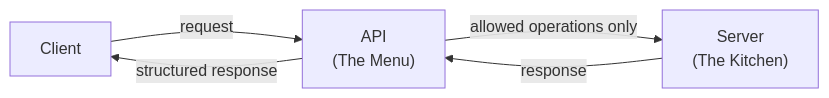
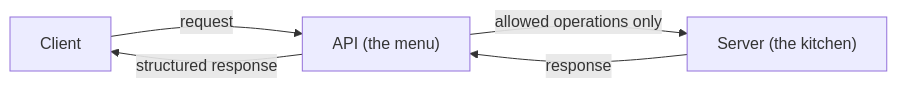
Before and after one commit to muhammedsiinanmp/system-design-mastery: the first of 3 diagrams in 01-introduction/02-apis-and-communication/README.md, drawn with Mermaid. The commit also changed other lines of this file, not shown here.

````diff
--- a/01-introduction/02-apis-and-communication/README.md
+++ b/01-introduction/02-apis-and-communication/README.md
@@ -65,9 +48,7 @@
 ```mermaid
 flowchart LR
-    Client -->|"request"| API["API
-    (The Menu)"]
-    API -->|"allowed operations only"| Server["Server
-    (The Kitchen)"]
-    Server -->|"response"| API
-    API -->|"structured response"| Client
+    Client -->|request| API["API (the menu)"]
+    API -->|allowed operations only| Server["Server (the kitchen)"]
+    Server -->|response| API
+    API -->|structured response| Client
 ```
````
